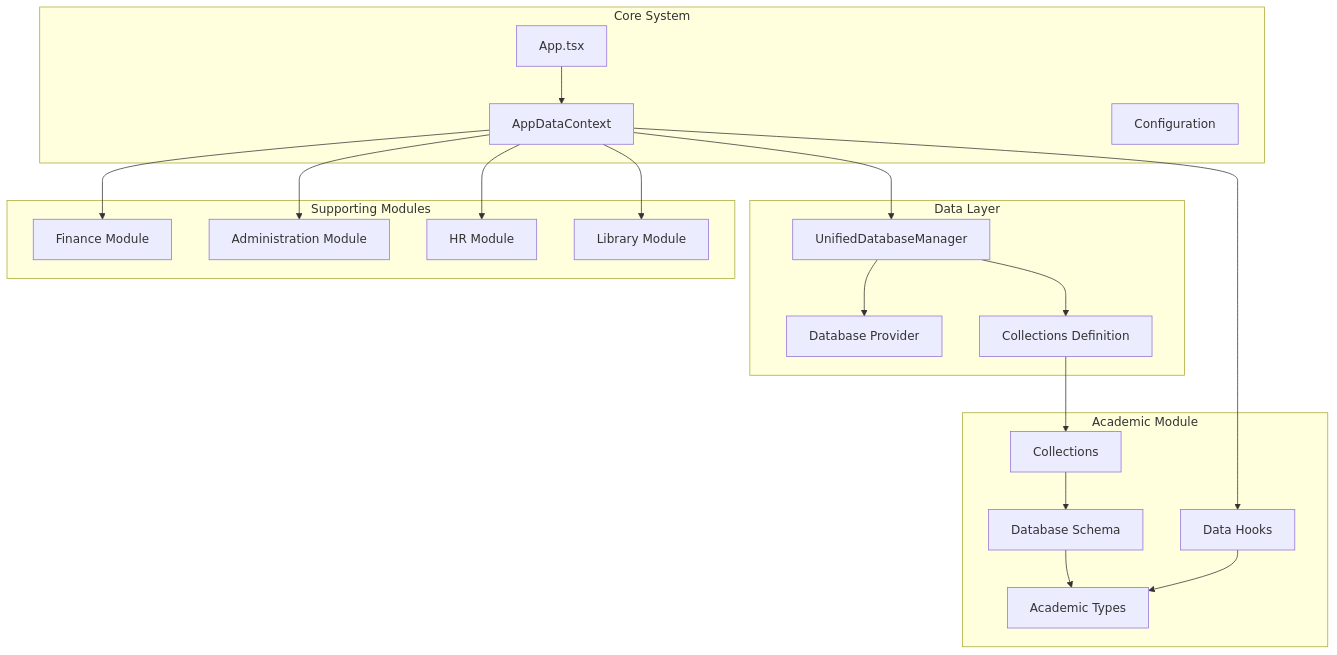
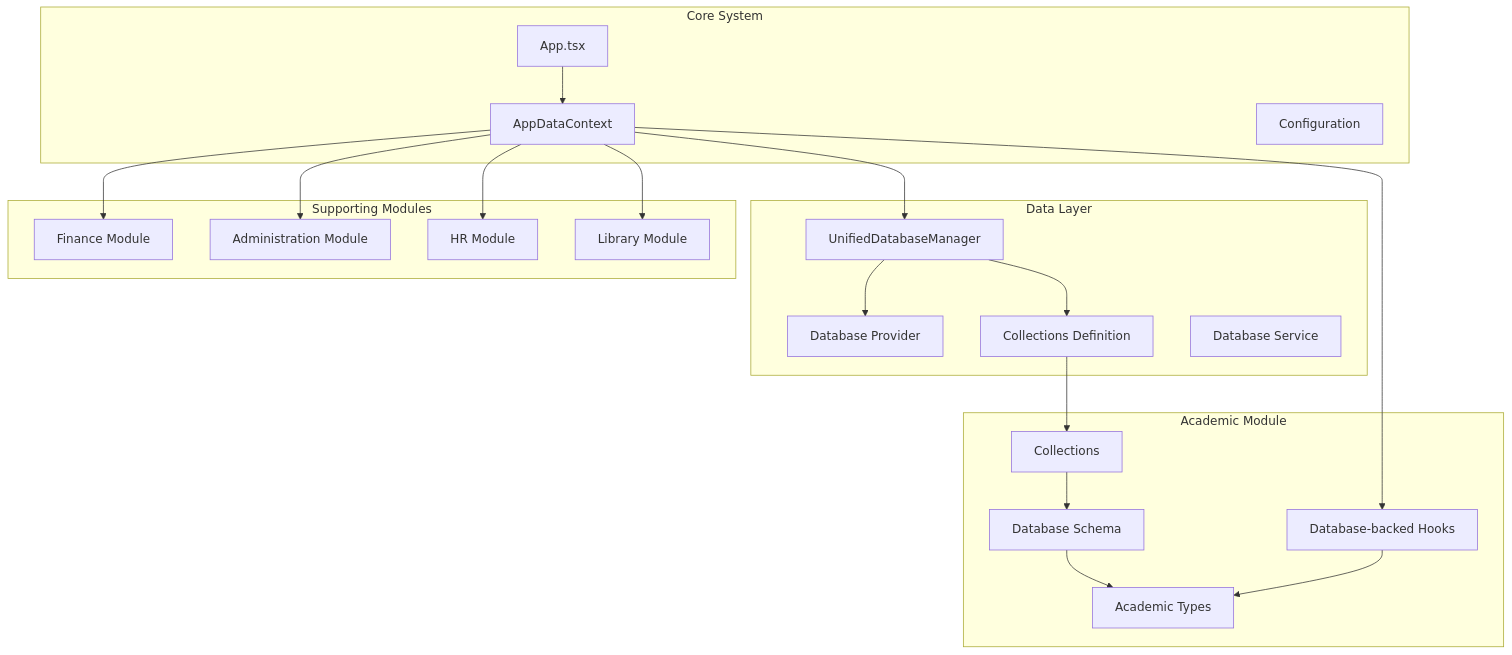
The first of 10 diagrams in .qoder/repowiki/en/content/Academic Data Management.md (geniusdynamics/schoolpilot), drawn with Mermaid before and after one commit. The commit also changed other lines of this file and 16 other files, not shown here.

````diff
--- a/.qoder/repowiki/en/content/Academic Data Management.md
+++ b/.qoder/repowiki/en/content/Academic Data Management.md
@@ -36,38 +53,39 @@
 ```mermaid
 graph TB
 subgraph "Core System"
 App[App.tsx]
 Context[AppDataContext]
 Config[Configuration]
 end
 subgraph "Academic Module"
 Types[Academic Types]
 Schema[Database Schema]
 Collections[Collections]
-Hooks[Data Hooks]
+Hooks[Database-backed Hooks]
 end
 subgraph "Data Layer"
 Manager[UnifiedDatabaseManager]
 Provider[Database Provider]
 CollectionsDef[Collections Definition]
+Service[Database Service]
 end
 subgraph "Supporting Modules"
 Finance[Finance Module]
 Admin[Administration Module]
 HR[HR Module]
 Library[Library Module]
 end
 App --> Context
 Context --> Manager
 Manager --> Provider
 Manager --> CollectionsDef
 CollectionsDef --> Collections
 Collections --> Schema
 Schema --> Types
 Context --> Hooks
 Hooks --> Types
 Context --> Finance
 Context --> Admin
 Context --> HR
 Context --> Library
 ```
````
